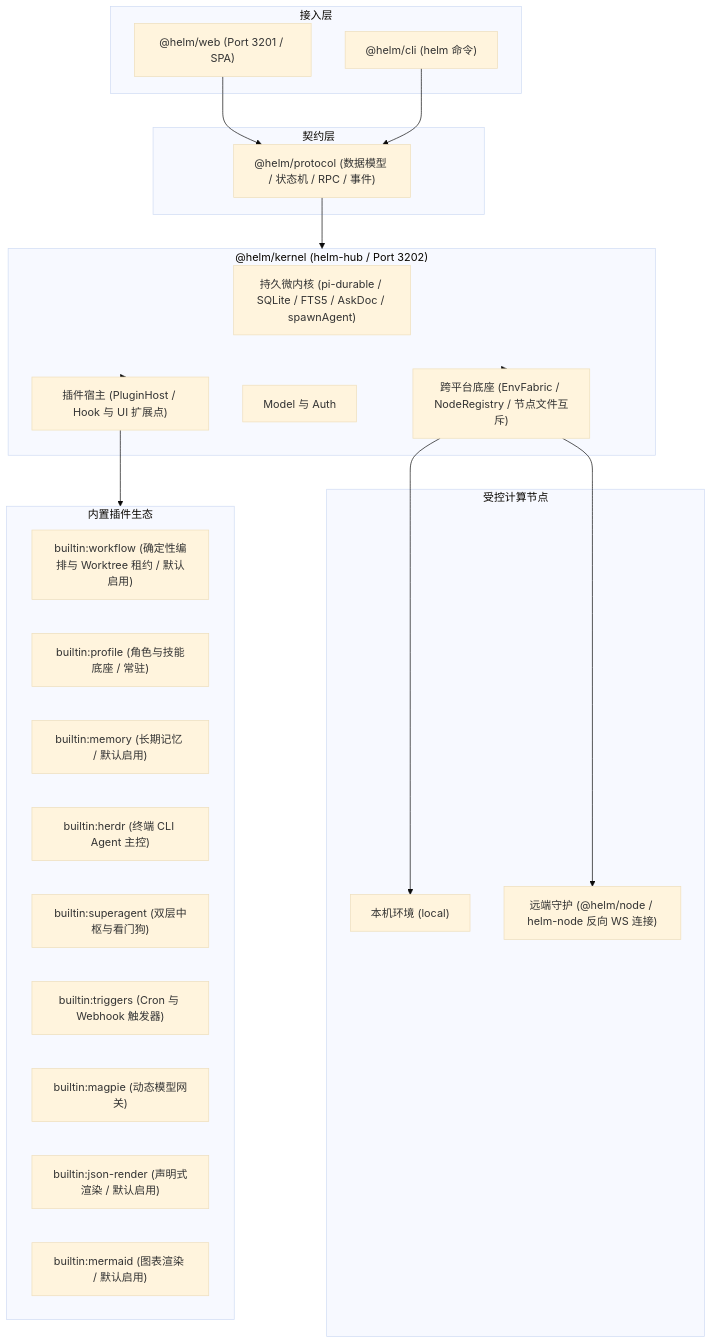
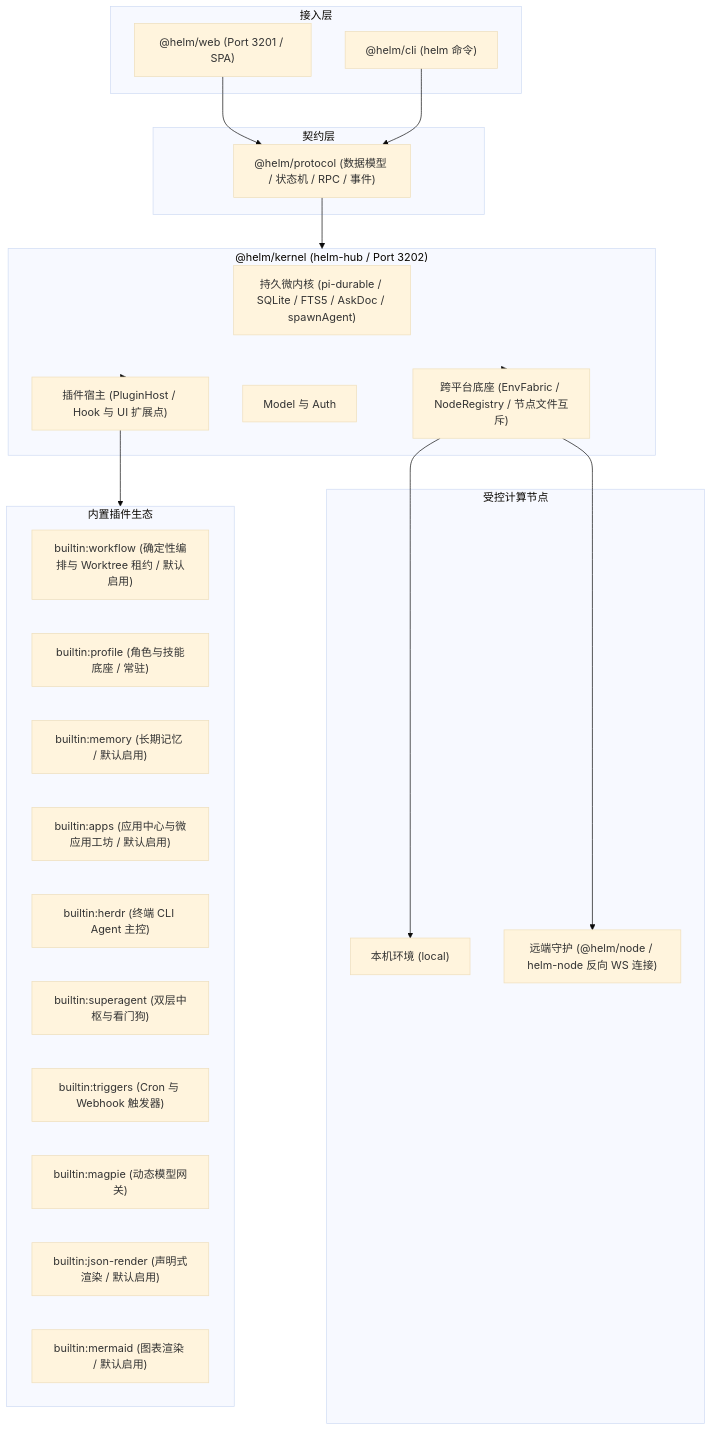
One commit to team4u/helm changed the diagram in README.md. Above: the diagram before and after it, drawn with Mermaid (base theme). The commit also changed other lines of this file and 15 other files, not shown here.

````diff
--- a/README.md
+++ b/README.md
@@ -46,44 +46,45 @@
 ```mermaid
 flowchart TD
     subgraph Client["接入层"]
         Web["@helm/web (Port 3201 / SPA)"]
         CLI["@helm/cli (helm 命令)"]
     end
 
     subgraph Protocol["契约层"]
         Prot["@helm/protocol (数据模型 / 状态机 / RPC / 事件)"]
     end
 
     subgraph Kernel["@helm/kernel (helm-hub / Port 3202)"]
         Durable["持久微内核 (pi-durable / SQLite / FTS5 / AskDoc / spawnAgent)"]
         Fabric["跨平台底座 (EnvFabric / NodeRegistry / 节点文件互斥)"]
         ModelAuth["Model 与 Auth"]
         Host["插件宿主 (PluginHost / Hook 与 UI 扩展点)"]
     end
 
     subgraph Nodes["受控计算节点"]
         Local["本机环境 (local)"]
         Remote["远端守护 (@helm/node / helm-node 反向 WS 连接)"]
     end
 
     subgraph Plugins["内置插件生态"]
         P0["builtin:workflow (确定性编排与 Worktree 租约 / 默认启用)"]
         P1["builtin:profile (角色与技能底座 / 常驻)"]
         P1M["builtin:memory (长期记忆 / 默认启用)"]
+        PA["builtin:apps (应用中心与微应用工坊 / 默认启用)"]
         P2["builtin:herdr (终端 CLI Agent 主控)"]
         P3["builtin:superagent (双层中枢与看门狗)"]
         P4["builtin:triggers (Cron 与 Webhook 触发器)"]
         P5["builtin:magpie (动态模型网关)"]
         P6["builtin:json-render (声明式渲染 / 默认启用)"]
         P7["builtin:mermaid (图表渲染 / 默认启用)"]
     end
 
     Web --> Prot
     CLI --> Prot
     Prot --> Kernel
     Kernel --> Fabric
     Fabric --> Local
     Fabric --> Remote
     Kernel --> Host
     Host --> Plugins
 ```
````
